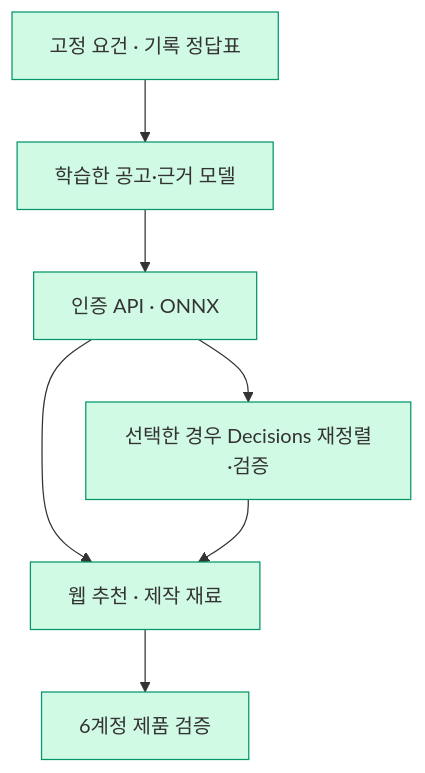
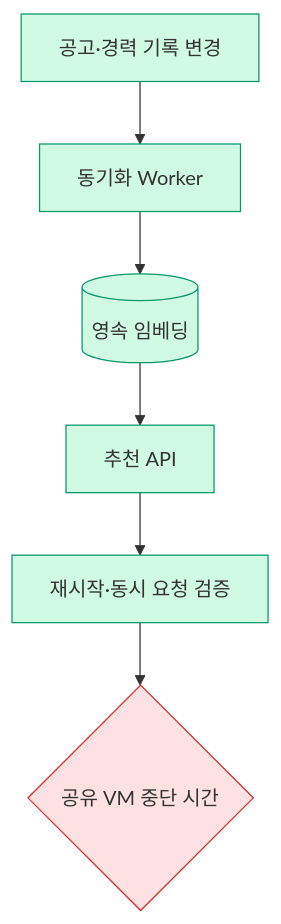
One commit to Expresso-Organization/expresso changed the diagram in .sitrep/sessions/20261119-1752-match-eval/arch.mmd. Above: the diagram before and after it, drawn with Mermaid. The commit also changed 18 other files, not shown here.

Commit message:
feat: 공고·경력 임베딩 변경 동기화와 재시작 복원

```diff
--- a/.sitrep/sessions/20261119-1752-match-eval/arch.mmd
+++ b/.sitrep/sessions/20261119-1752-match-eval/arch.mmd
@@ -1,12 +1,13 @@
 flowchart TD
-  D[고정 요건 · 기록 정답표] --> M[학습한 공고·근거 모델]
-  M --> L[인증 API · ONNX]
-  L --> E[선택한 경우 Decisions 재정렬·검증]
-  L --> W[웹 추천 · 제작 재료]
-  E --> W
-  W --> T[6계정 제품 검증]
+  S[공고·경력 기록 변경] --> W[동기화 Worker]
+  W --> D[(영속 임베딩)]
+  D --> A[추천 API]
+  A --> T[재시작·동시 요청 검증]
   classDef done fill:#d1fae5,stroke:#059669
   classDef doing fill:#fef3c7,stroke:#d97706
   classDef decide fill:#fee2e2,stroke:#dc2626
   classDef todo fill:#f3f4f6,stroke:#9ca3af,stroke-dasharray:4
-  class D,M,L,E,W,T done
+  class S,W,D,A done
+  class T done
+  T --> V{공유 VM 중단 시간}
+  class V decide
```
